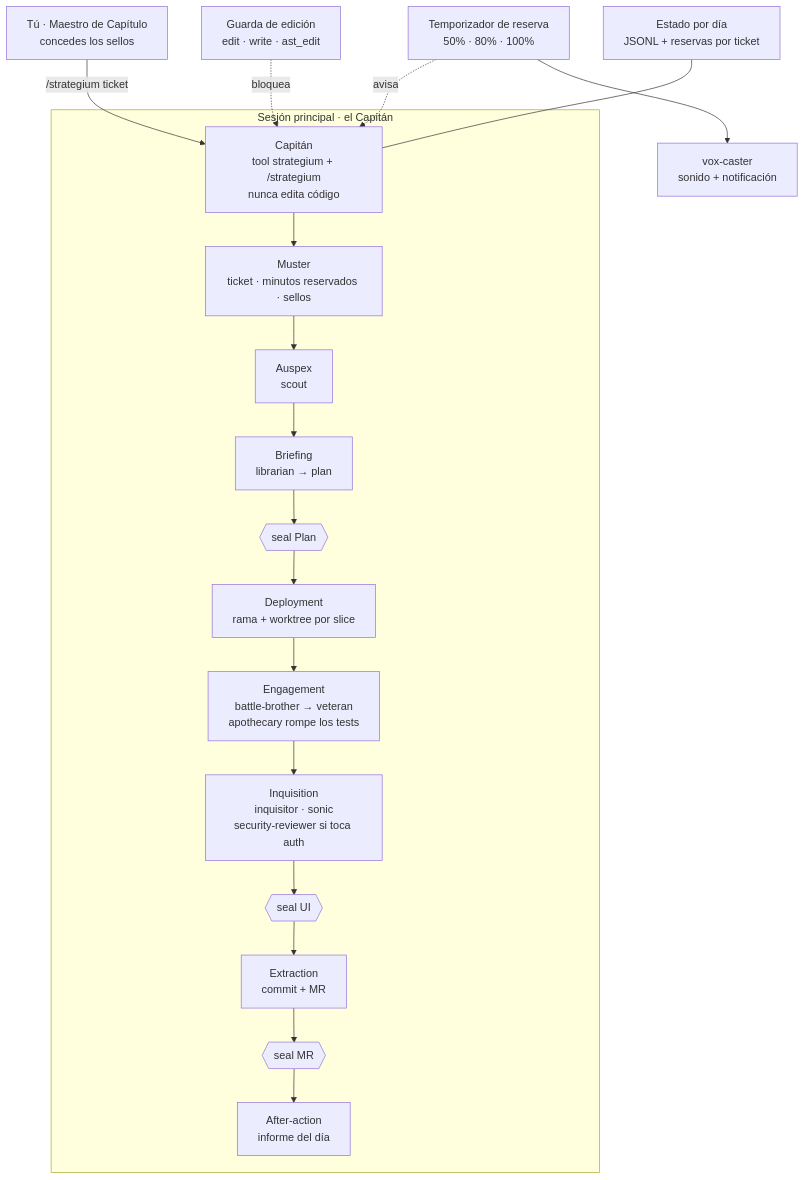
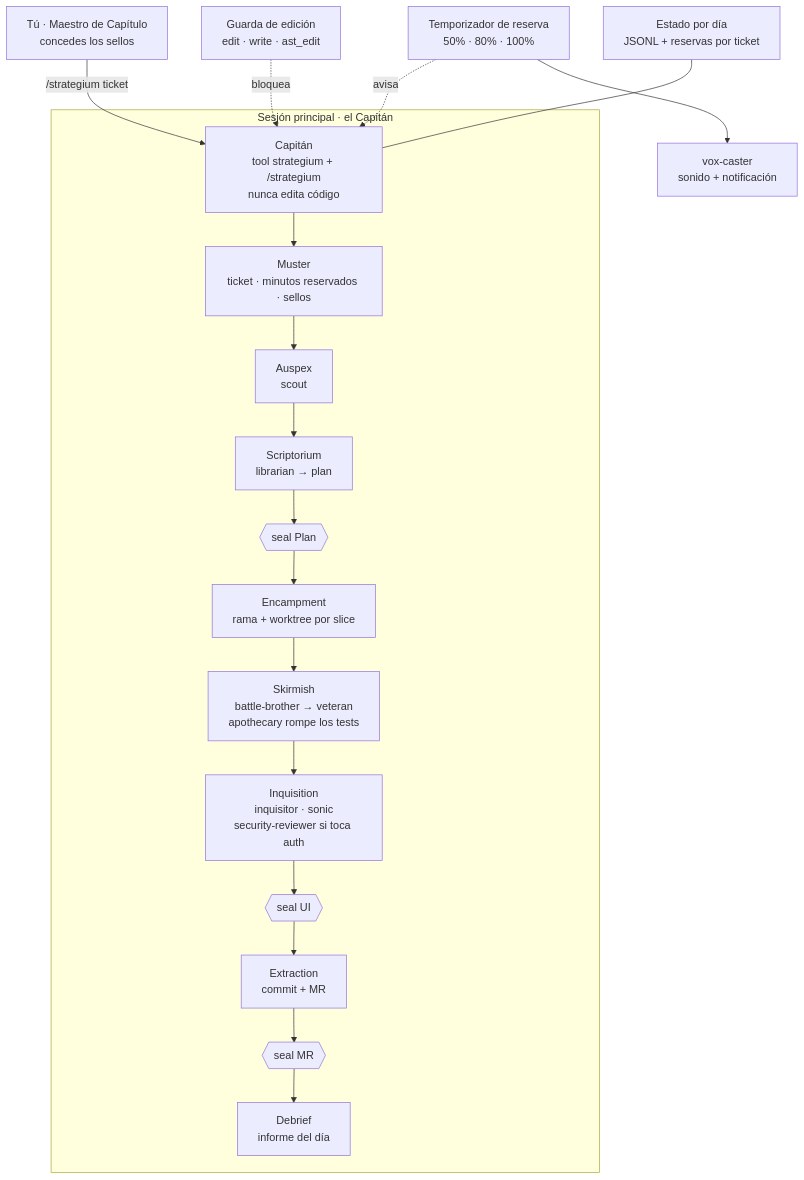
One commit to frandev94/strategium changed the diagram in README.es.md. Above: the diagram before and after it, drawn with Mermaid. The commit also changed other lines of this file and 2 other files, not shown here.

Commit message:
docs: rename the stations so each one names its own trade
- Auspex scan → Auspex: the verb added nothing.
- Briefing → Scriptorium: the room where the librarian writes the plan.
- Deployment → Encampment: each slice takes a position of its own.
- Engagement → Skirmish: the fight with the code, and the apothecary probing the wounded.
- After-action report → Debrief: one word, same register.
- The 100 % event was also called extraction, the same word as station 6: it is now stand down.
- The agents, the seals and the artefact names stay as they were.

````diff
--- a/README.es.md
+++ b/README.es.md
@@ -33,22 +33,22 @@
 ```mermaid
 flowchart TB
   U["Tú · Maestro de Capítulo<br/>concedes los sellos"] -->|"/strategium ticket"| C
   subgraph run["Sesión principal · el Capitán"]
     C["Capitán<br/>tool strategium + /strategium<br/>nunca edita código"]
     C --> M["Muster<br/>ticket · minutos reservados · sellos"]
     M --> A["Auspex<br/>scout"]
-    A --> B["Briefing<br/>librarian → plan"]
+    A --> B["Scriptorium<br/>librarian → plan"]
     B --> S1{{"seal Plan"}}
-    S1 --> D["Deployment<br/>rama + worktree por slice"]
-    D --> E["Engagement<br/>battle-brother → veteran<br/>apothecary rompe los tests"]
+    S1 --> D["Encampment<br/>rama + worktree por slice"]
+    D --> E["Skirmish<br/>battle-brother → veteran<br/>apothecary rompe los tests"]
     E --> I["Inquisition<br/>inquisitor · sonic<br/>security-reviewer si toca auth"]
     I --> S2{{"seal UI"}}
     S2 --> X["Extraction<br/>commit + MR"]
     X --> S3{{"seal MR"}}
-    S3 --> F["After-action<br/>informe del día"]
+    S3 --> F["Debrief<br/>informe del día"]
   end
   T["Temporizador de reserva<br/>50% · 80% · 100%"] -.->|avisa| C
   T --> V["vox-caster<br/>sonido + notificación"]
   G["Guarda de edición<br/>edit · write · ast_edit"] -.->|bloquea| C
   R["Estado por día<br/>JSONL + reservas por ticket"] --- C
 ```
````
